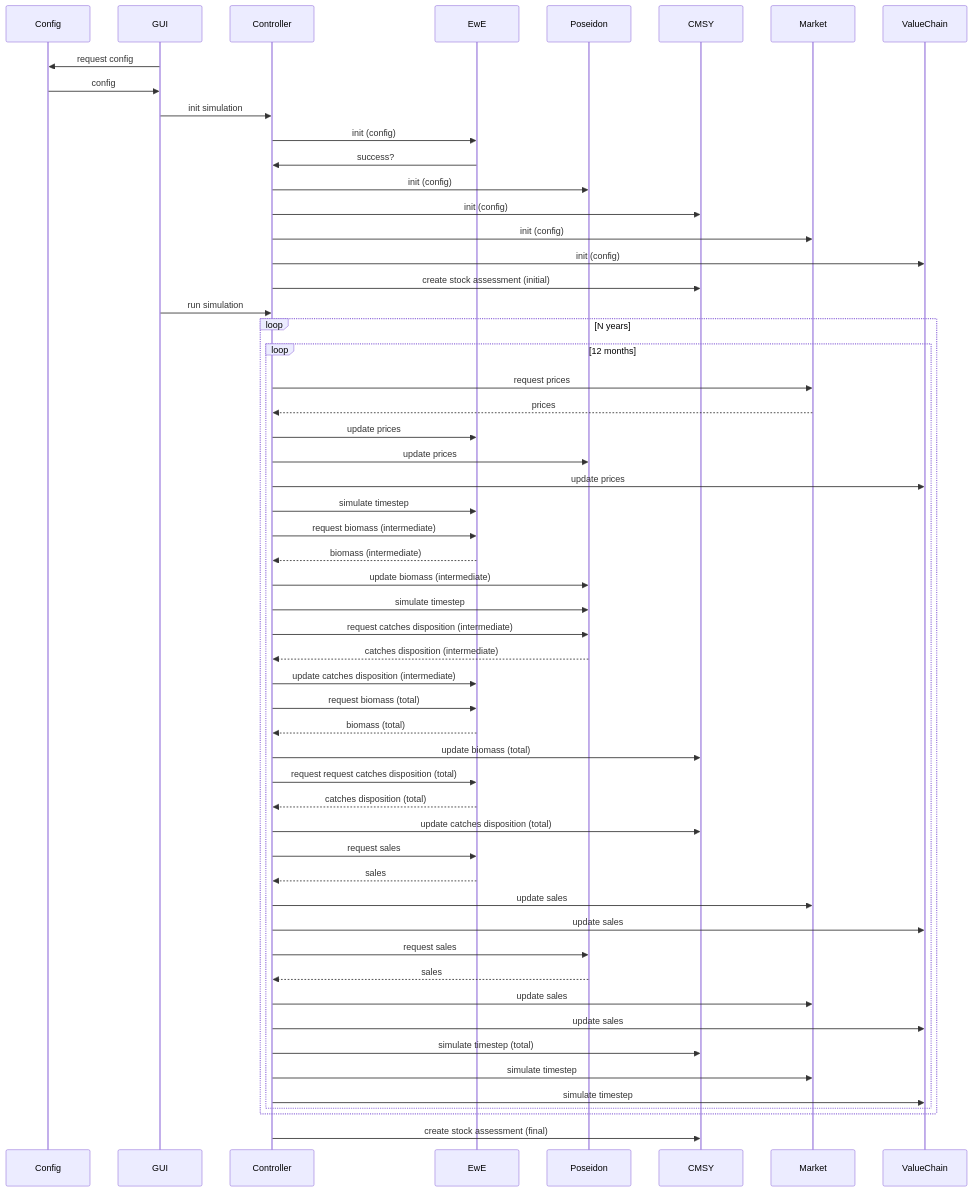
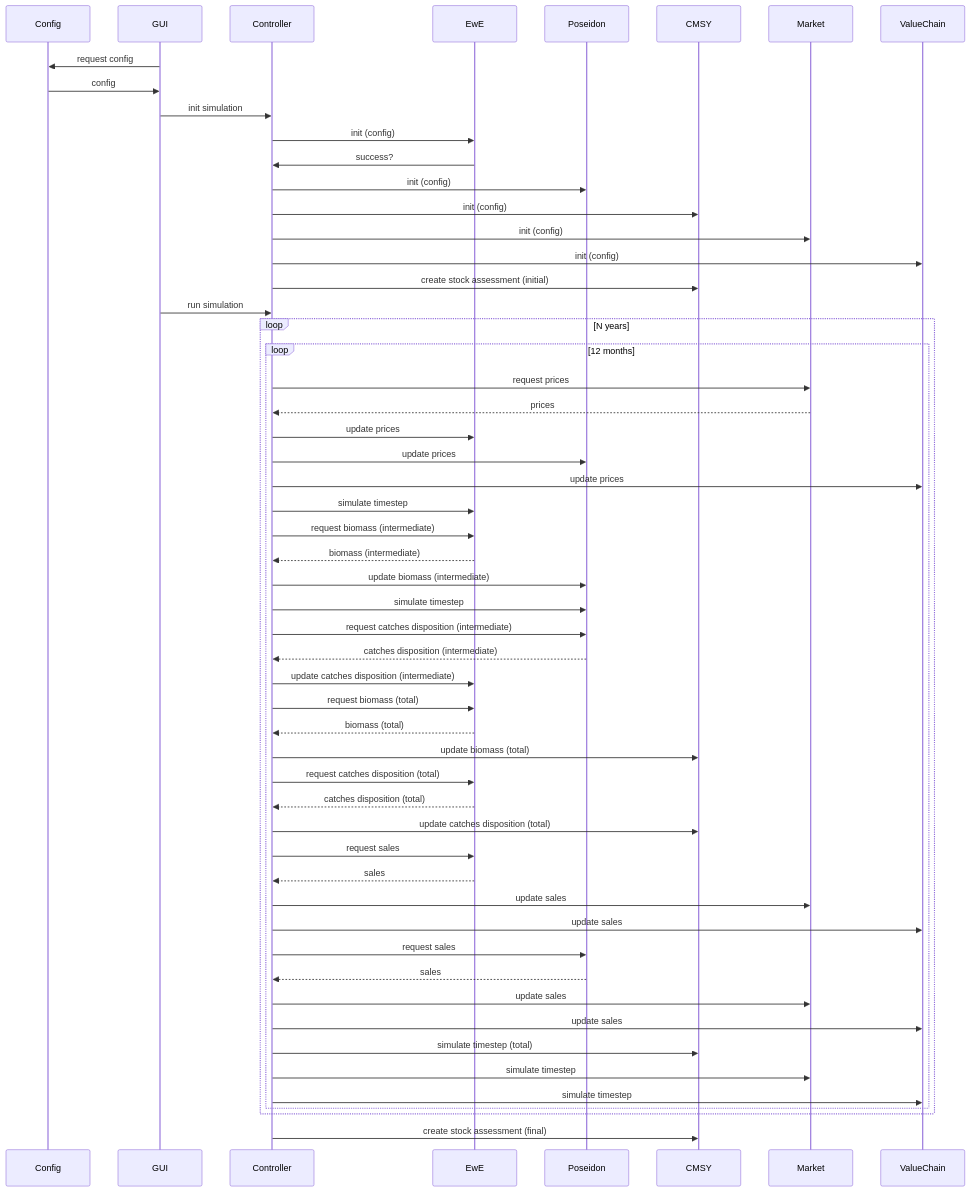
The diagram in SequenceDiagram.md (SURIMI-Project/SURIMI-project), drawn with Mermaid before and after one commit.

````diff
--- a/SequenceDiagram.md
+++ b/SequenceDiagram.md
@@ -3,72 +3,72 @@
 ```mermaid
 
  sequenceDiagram
 
     participant Config
     participant GUI
     participant Controller
     participant EwE
     participant Poseidon
     participant CMSY
     participant Market
     participant ValueChain
 
     %% Initialization %%
     %% this is the init %%
     GUI ->> Config: request config
     Config ->> GUI: config
     GUI ->> Controller: init simulation
 
     Controller ->> EwE: init (config)
     EwE ->> Controller: success?
     Controller ->> Poseidon: init (config)
     Controller ->> CMSY: init (config)
     Controller ->> Market: init (config)
     Controller ->> ValueChain: init (config)
 
     Controller ->> CMSY: create stock assessment (initial)
 
     %% Simulation %%
     %% starting the simulation %%
     GUI ->> Controller: run simulation
 
     loop N years
         loop 12 months
             Controller ->> Market: request prices
             Market -->> Controller: prices
             Controller ->> EwE: update prices
             Controller ->> Poseidon: update prices
             Controller ->> ValueChain: update prices
             Controller ->> EwE: simulate timestep
             Controller ->> EwE: request biomass (intermediate)
             EwE -->> Controller: biomass (intermediate)
             Controller ->> Poseidon: update biomass (intermediate)
             Controller ->> Poseidon: simulate timestep
             Controller ->> Poseidon: request catches disposition (intermediate) 
             Poseidon -->> Controller: catches disposition (intermediate)
             Controller ->> EwE: update catches disposition (intermediate)
 
             Controller ->> EwE: request biomass (total)
             EwE -->> Controller: biomass (total)
             Controller ->> CMSY: update biomass (total)
-            Controller ->> EwE: request request catches disposition (total) 
+            Controller ->> EwE: request catches disposition (total) 
             EwE -->> Controller: catches disposition (total)
             Controller ->> CMSY: update catches disposition (total)
 
             Controller ->> EwE: request sales
             EwE -->> Controller: sales
             Controller ->> Market: update sales
             Controller ->> ValueChain: update sales
 
             Controller ->> Poseidon: request sales
             Poseidon -->> Controller: sales
             Controller ->> Market: update sales
             Controller ->> ValueChain: update sales
 
             Controller ->> CMSY: simulate timestep (total)
             Controller ->> Market: simulate timestep
             Controller ->> ValueChain: simulate timestep
         end
     end
     Controller ->> CMSY: create stock assessment (final) 
 ```
````
